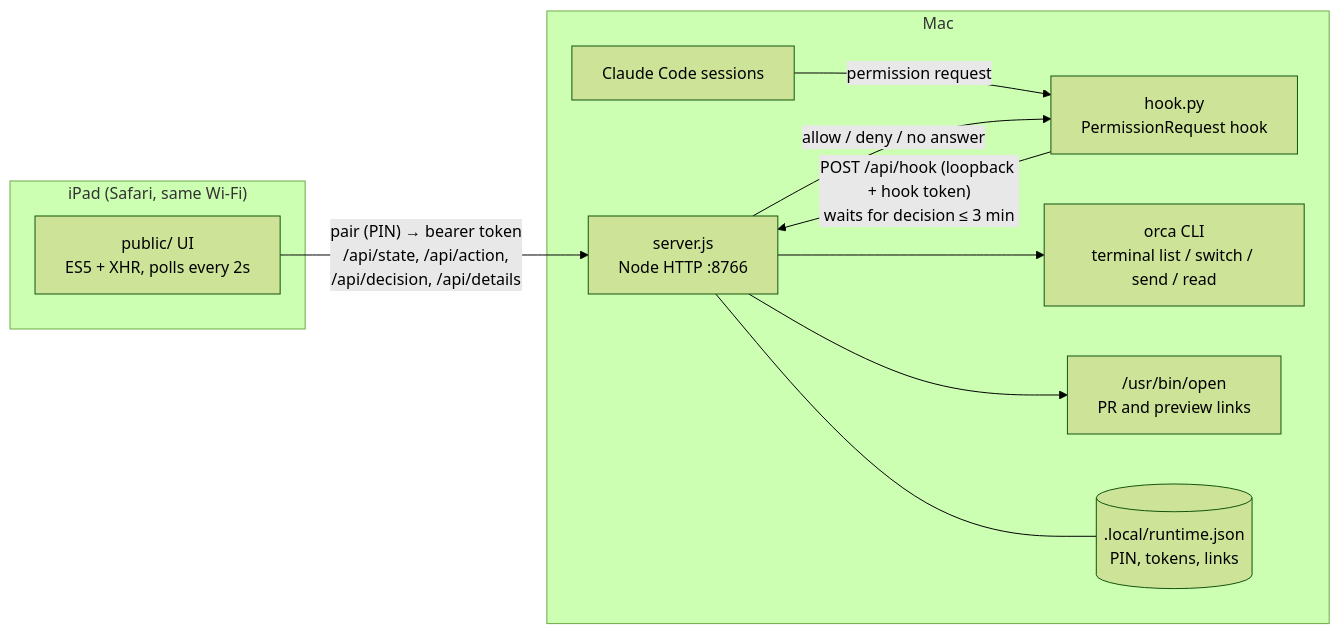
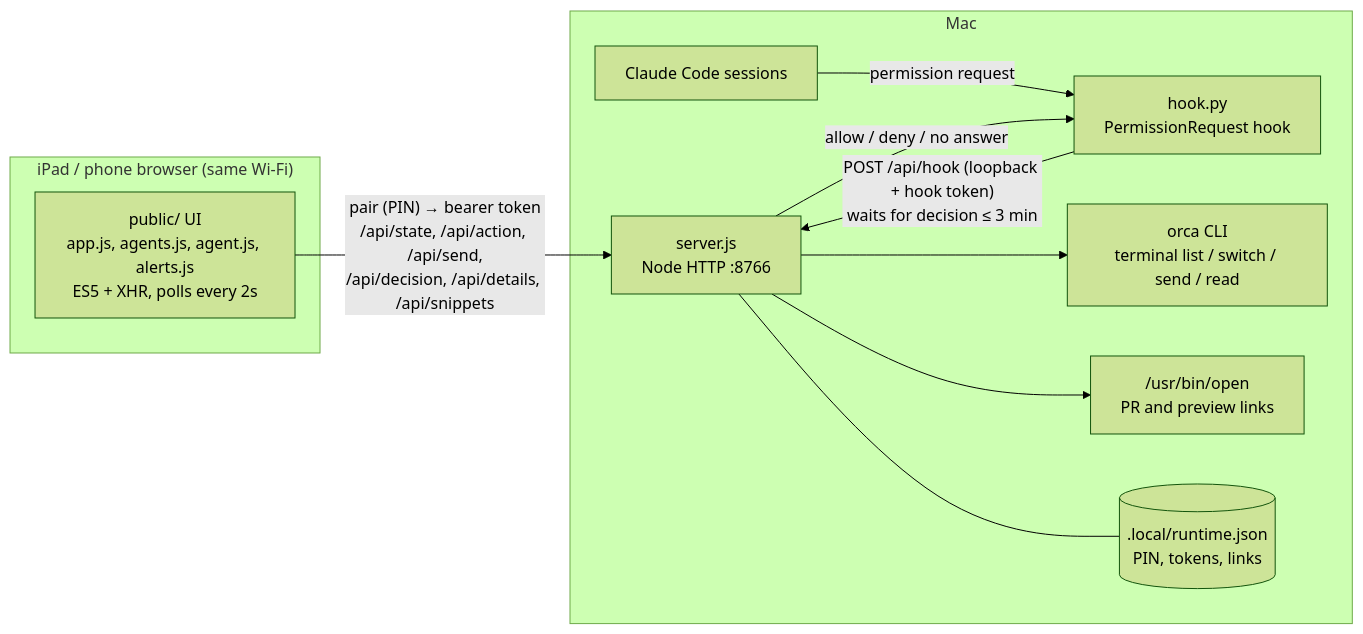
Before and after one commit to antdp97/orca-deck: the diagram in README.md, drawn with Mermaid (forest theme). The commit also changed other lines of this file and 4 other files, not shown here.

First line of the commit message:
docs: README and screenshots for Agents, Agent and alerts

````diff
--- a/README.md
+++ b/README.md
@@ -11,21 +11,21 @@
 ```mermaid
 flowchart LR
-  subgraph iPad["iPad (Safari, same Wi‑Fi)"]
-    UI["public/ UI<br/>ES5 + XHR, polls every 2s"]
+  subgraph iPad["iPad / phone browser (same Wi‑Fi)"]
+    UI["public/ UI<br/>app.js, agents.js, agent.js, alerts.js<br/>ES5 + XHR, polls every 2s"]
   end
   subgraph Mac["Mac"]
     Server["server.js<br/>Node HTTP :8766"]
     Hook["hook.py<br/>PermissionRequest hook"]
     Claude["Claude Code sessions"]
     Orca["orca CLI<br/>terminal list / switch / send / read"]
     Open["/usr/bin/open<br/>PR and preview links"]
     Local[(".local/runtime.json<br/>PIN, tokens, links")]
   end
-  UI -- "pair (PIN) → bearer token<br/>/api/state, /api/action,<br/>/api/decision, /api/details" --> Server
+  UI -- "pair (PIN) → bearer token<br/>/api/state, /api/action, /api/send,<br/>/api/decision, /api/details, /api/snippets" --> Server
   Claude -- "permission request" --> Hook
   Hook -- "POST /api/hook (loopback + hook token)<br/>waits for decision ≤ 3 min" --> Server
   Server -- "allow / deny / no answer" --> Hook
   Server --> Orca
   Server --> Open
   Server --- Local
 ```
````
